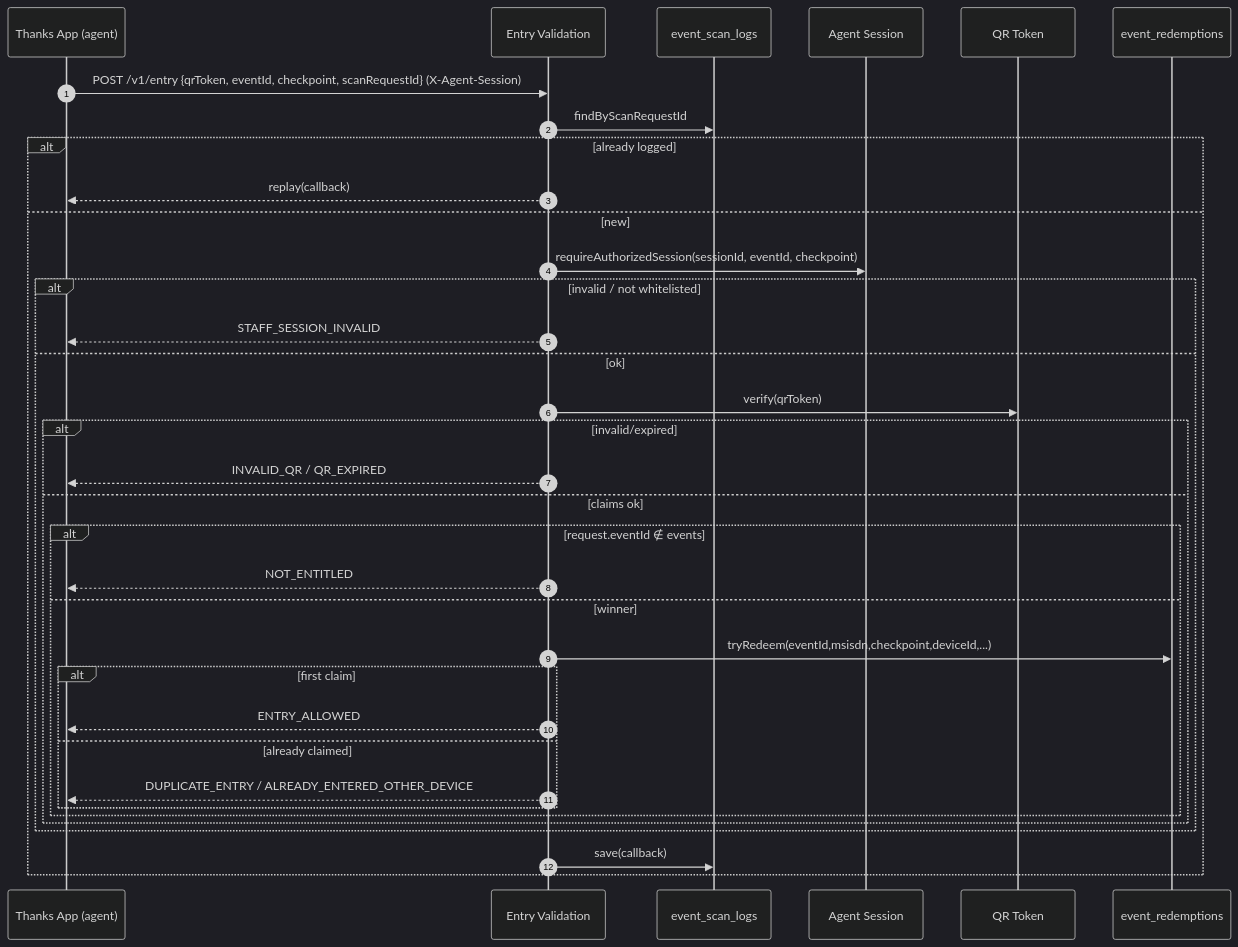
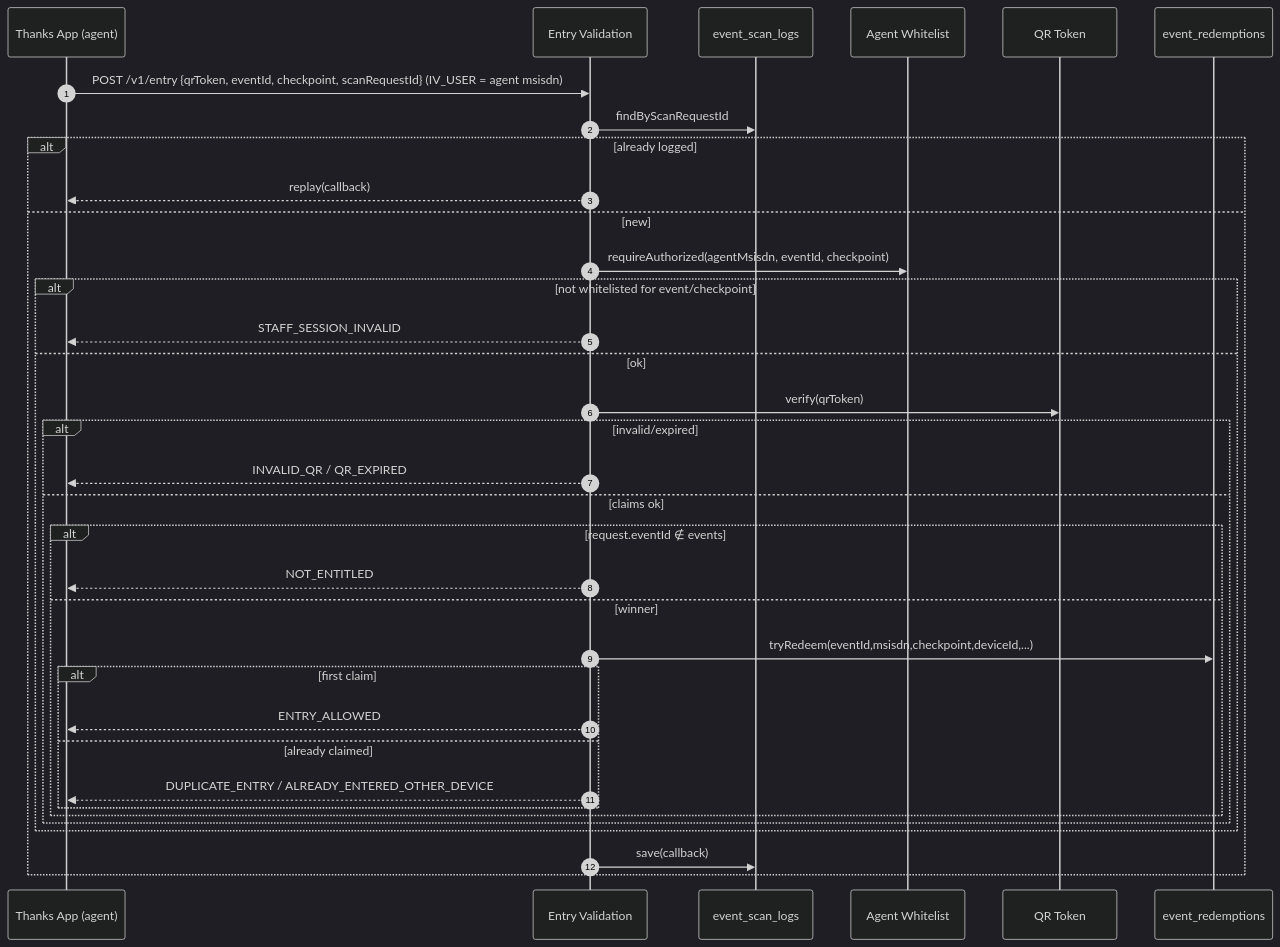
One commit to Amitpawar503/lazzy changed the fourth of 7 diagrams in docs/digital-membership/LLD-EventPass.md. Above: the diagram before and after it, drawn with Mermaid (dark theme). The commit also changed other lines of this file and 33 other files, not shown here.

````diff
--- a/docs/digital-membership/LLD-EventPass.md
+++ b/docs/digital-membership/LLD-EventPass.md
@@ -415,37 +430,37 @@
 ```mermaid
 sequenceDiagram
   autonumber
   participant App as Thanks App (agent)
   participant EVS as Entry Validation
   participant Lg as event_scan_logs
-  participant Ag as Agent Session
+  participant Ag as Agent Whitelist
   participant Tk as QR Token
   participant Rd as event_redemptions
-  App->>EVS: POST /v1/entry {qrToken, eventId, checkpoint, scanRequestId} (X-Agent-Session)
+  App->>EVS: POST /v1/entry {qrToken, eventId, checkpoint, scanRequestId} (IV_USER = agent msisdn)
   EVS->>Lg: findByScanRequestId
   alt already logged
     EVS-->>App: replay(callback)
   else new
-    EVS->>Ag: requireAuthorizedSession(sessionId, eventId, checkpoint)
-    alt invalid / not whitelisted
+    EVS->>Ag: requireAuthorized(agentMsisdn, eventId, checkpoint)
+    alt not whitelisted for event/checkpoint
       EVS-->>App: STAFF_SESSION_INVALID
     else ok
       EVS->>Tk: verify(qrToken)
       alt invalid/expired
         EVS-->>App: INVALID_QR / QR_EXPIRED
       else claims ok
         alt request.eventId ∉ events
           EVS-->>App: NOT_ENTITLED
         else winner
           EVS->>Rd: tryRedeem(eventId,msisdn,checkpoint,deviceId,...)
           alt first claim
             EVS-->>App: ENTRY_ALLOWED
           else already claimed
             EVS-->>App: DUPLICATE_ENTRY / ALREADY_ENTERED_OTHER_DEVICE
           end
         end
       end
     end
     EVS->>Lg: save(callback)
   end
 ```
````
